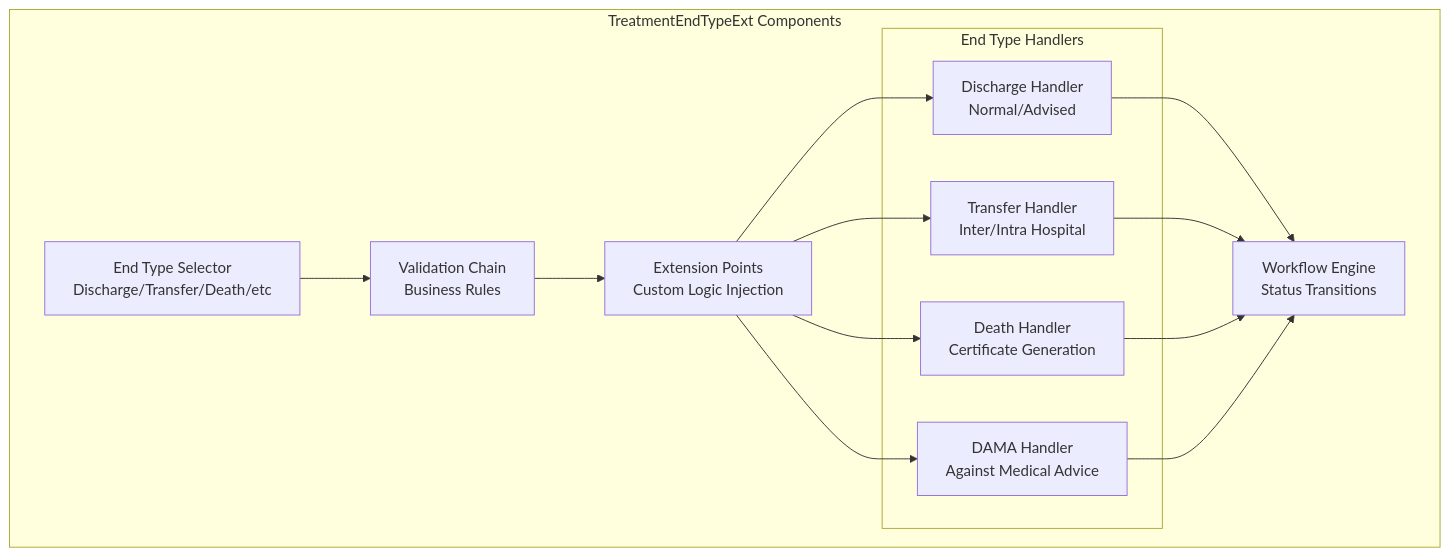
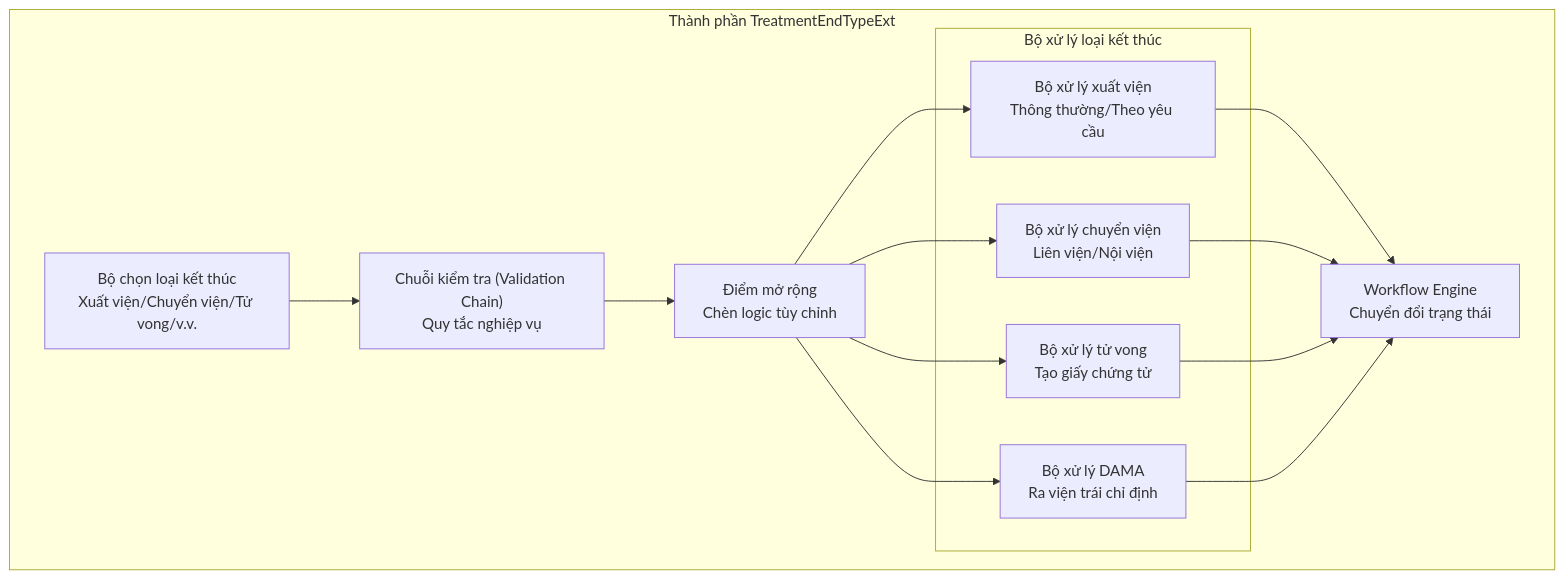
Before and after one commit to thangpnb/HIS: the fifth of 14 diagrams in docs/his-ba-documentation/04-integrations/helper-plugins.md, drawn with Mermaid. The commit also changed other lines of this file and 30 other files, not shown here.

Commit message:
Refactor architecture docs and update translations

````diff
--- a/docs/his-ba-documentation/04-integrations/helper-plugins.md
+++ b/docs/his-ba-documentation/04-integrations/helper-plugins.md
@@ -186,29 +186,29 @@
 ```mermaid
 graph TB
-    subgraph "TreatmentEndTypeExt Components"
-        EndTypeSelector["End Type Selector<br/>Discharge/Transfer/Death/etc"]
-        ValidatorChain["Validation Chain<br/>Business Rules"]
-        ExtensionPoints["Extension Points<br/>Custom Logic Injection"]
+    subgraph "Thành phần TreatmentEndTypeExt"
+        EndTypeSelector["Bộ chọn loại kết thúc<br/>Xuất viện/Chuyển viện/Tử vong/v.v."]
+        ValidatorChain["Chuỗi kiểm tra (Validation Chain)<br/>Quy tắc nghiệp vụ"]
+        ExtensionPoints["Điểm mở rộng<br/>Chèn logic tùy chỉnh"]
         
-        subgraph "End Type Handlers"
-            Discharge["Discharge Handler<br/>Normal/Advised"]
-            Transfer["Transfer Handler<br/>Inter/Intra Hospital"]
-            Death["Death Handler<br/>Certificate Generation"]
-            DAMA["DAMA Handler<br/>Against Medical Advice"]
+        subgraph "Bộ xử lý loại kết thúc"
+            Discharge["Bộ xử lý xuất viện<br/>Thông thường/Theo yêu cầu"]
+            Transfer["Bộ xử lý chuyển viện<br/>Liên viện/Nội viện"]
+            Death["Bộ xử lý tử vong<br/>Tạo giấy chứng tử"]
+            DAMA["Bộ xử lý DAMA<br/>Ra viện trái chỉ định"]
         end
         
-        WorkflowEngine["Workflow Engine<br/>Status Transitions"]
+        WorkflowEngine["Workflow Engine<br/>Chuyển đổi trạng thái"]
     end
     
     EndTypeSelector --> ValidatorChain
     ValidatorChain --> ExtensionPoints
     ExtensionPoints --> Discharge
     ExtensionPoints --> Transfer
     ExtensionPoints --> Death
     ExtensionPoints --> DAMA
     
     Discharge --> WorkflowEngine
     Transfer --> WorkflowEngine
     Death --> WorkflowEngine
     DAMA --> WorkflowEngine
 ```
````
